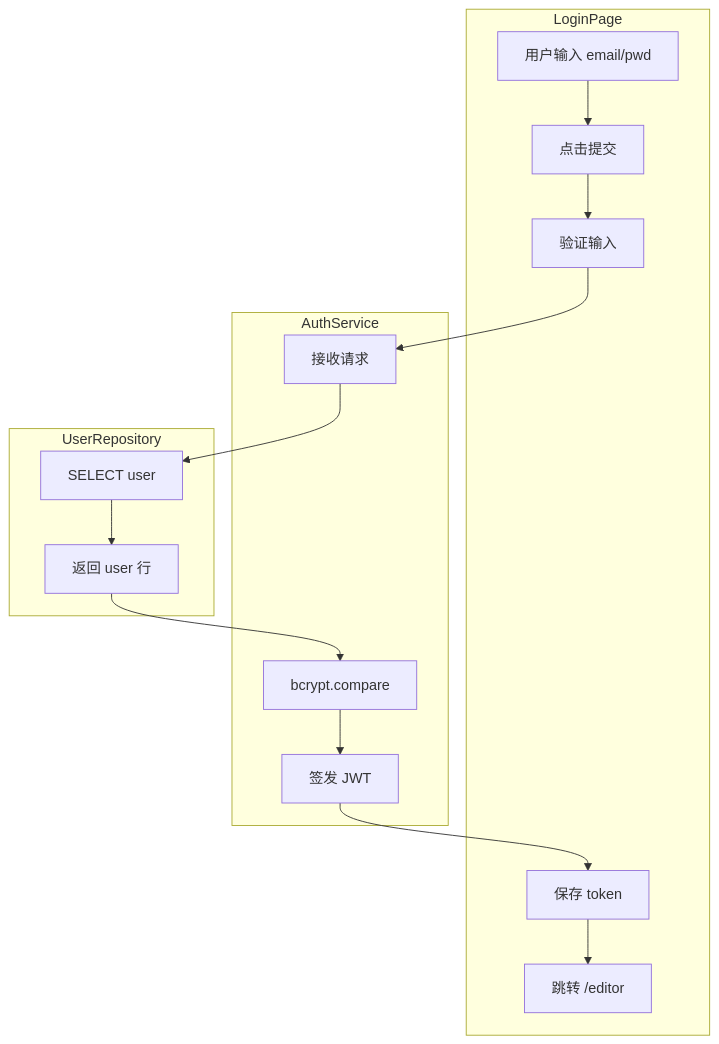
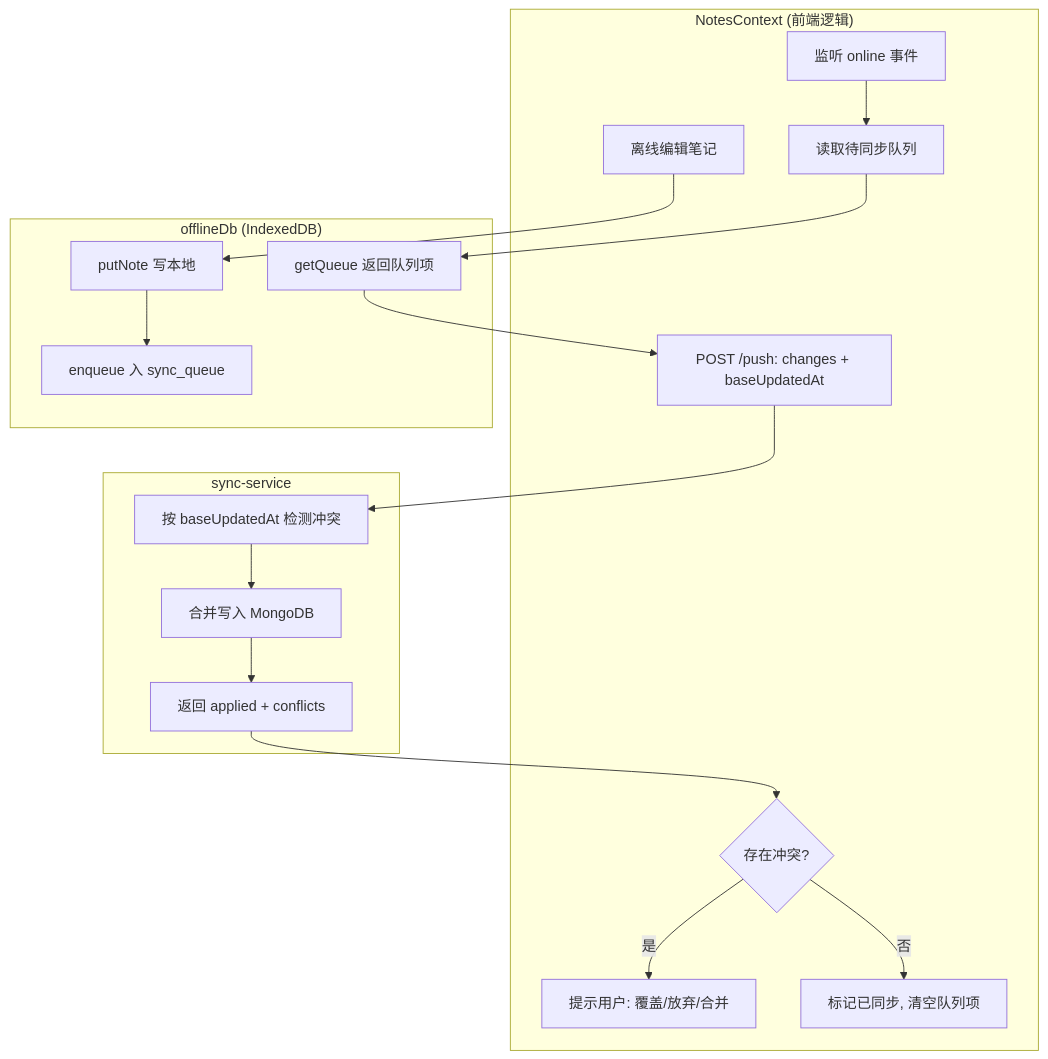
Diagram 21 of 22 in docs/软件设计说明书.md (big-muffin408/note-taking_system), drawn with Mermaid before and after one commit. The commit also changed other lines of this file and 64 other files, not shown here.

````diff
--- a/docs/软件设计说明书.md
+++ b/docs/软件设计说明书.md
@@ -887,23 +881,28 @@
 ```mermaid
 flowchart TB
-    subgraph LP["LoginPage"]
-        A1[用户输入 email/pwd]
-        A2[点击提交]
-        A3[验证输入]
-        A4[保存 token]
-        A5[跳转 /editor]
+    subgraph NC["NotesContext (前端逻辑)"]
+        A1[离线编辑笔记]
+        A2[监听 online 事件]
+        A3[读取待同步队列]
+        A4[POST /push: changes + baseUpdatedAt]
+        A5{存在冲突?}
+        A6[提示用户: 覆盖/放弃/合并]
+        A7[标记已同步, 清空队列项]
     end
-    subgraph AS["AuthService"]
-        B1[接收请求]
-        B2[bcrypt.compare]
-        B3[签发 JWT]
+    subgraph ODB["offlineDb (IndexedDB)"]
+        B1[putNote 写本地]
+        B2[enqueue 入 sync_queue]
+        B3[getQueue 返回队列项]
     end
-    subgraph UR["UserRepository"]
-        C1[SELECT user]
-        C2[返回 user 行]
+    subgraph SS["sync-service"]
+        C1[按 baseUpdatedAt 检测冲突]
+        C2[合并写入 MongoDB]
+        C3[返回 applied + conflicts]
     end
 
-    A1 --> A2 --> A3 --> B1
-    B1 --> C1 --> C2 --> B2 --> B3
-    B3 --> A4 --> A5
+    A1 --> B1 --> B2
+    A2 --> A3 --> B3 --> A4 --> C1
+    C1 --> C2 --> C3 --> A5
+    A5 -->|是| A6
+    A5 -->|否| A7
 ```
````
